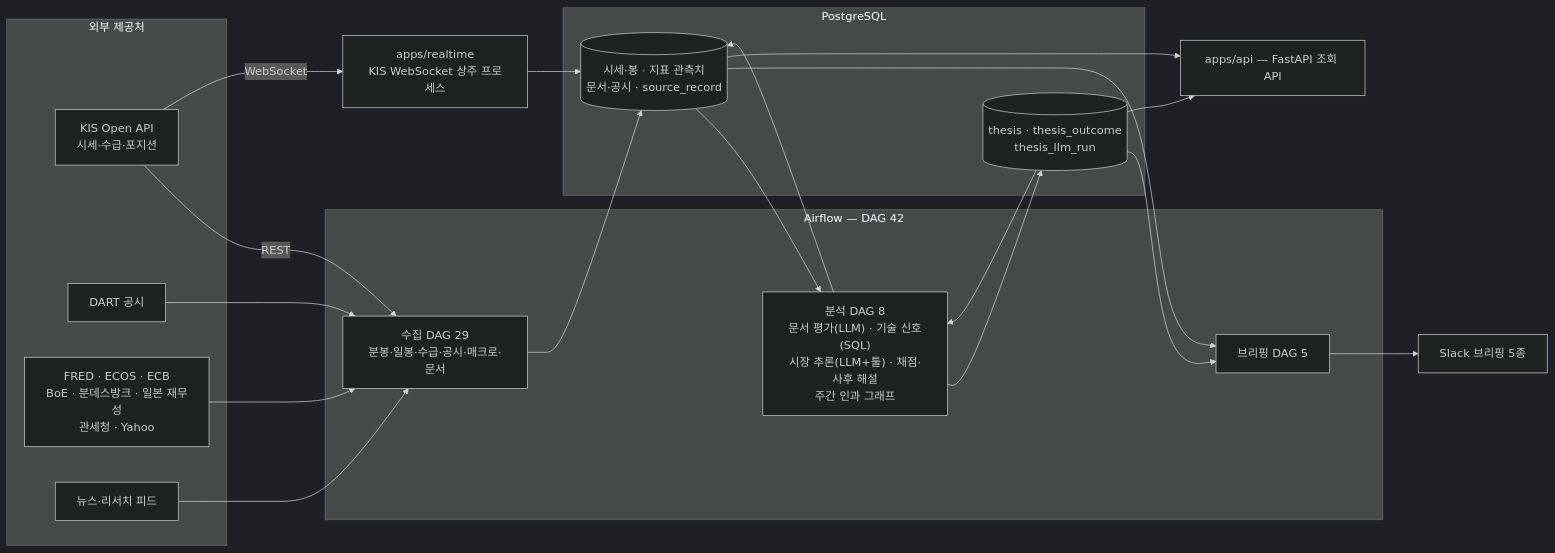
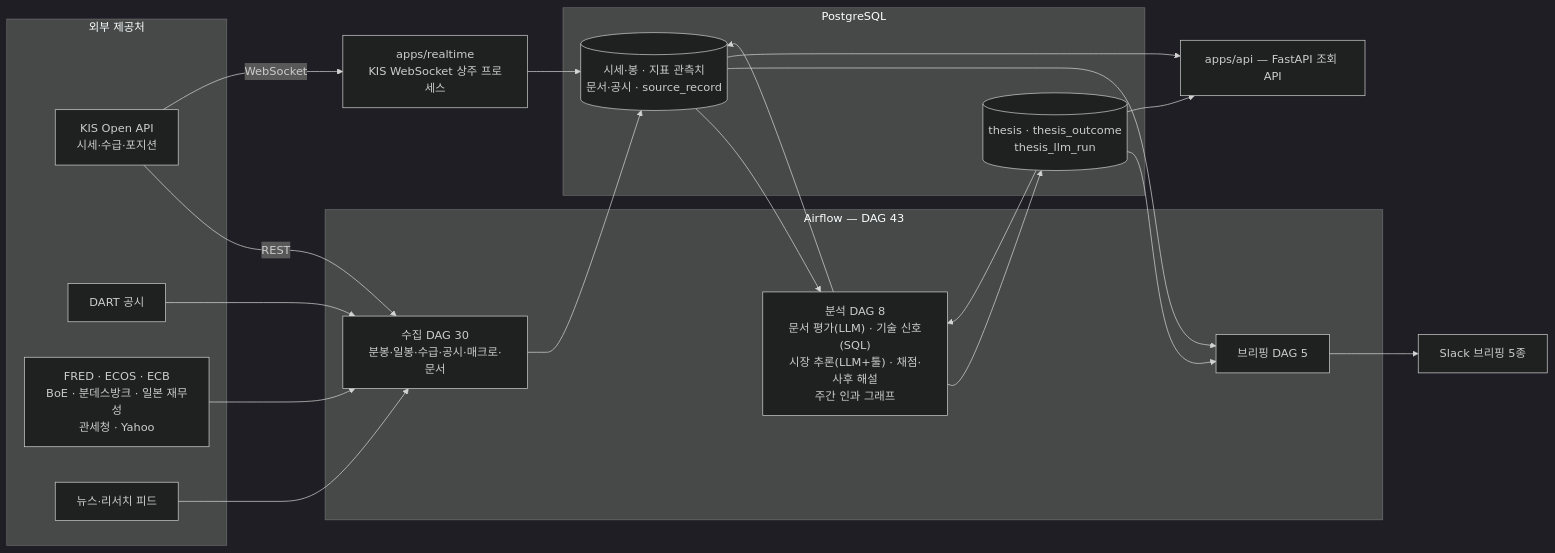
One commit to 6691a/finance changed the diagram in README.md. Above: the diagram before and after it, drawn with Mermaid (dark theme). The commit also changed 4 other files, not shown here.

````diff
--- a/README.md
+++ b/README.md
@@ -29,44 +29,44 @@
 ```mermaid
 flowchart LR
     subgraph EXT["외부 제공처"]
         KIS["KIS Open API<br/>시세·수급·포지션"]
         DART["DART 공시"]
         MACRO["FRED · ECOS · ECB<br/>BoE · 분데스방크 · 일본 재무성<br/>관세청 · Yahoo"]
         FEED["뉴스·리서치 피드"]
     end
 
-    subgraph AF["Airflow — DAG 42"]
-        COL["수집 DAG 29<br/>분봉·일봉·수급·공시·매크로·문서"]
+    subgraph AF["Airflow — DAG 43"]
+        COL["수집 DAG 30<br/>분봉·일봉·수급·공시·매크로·문서"]
         ANA["분석 DAG 8<br/>문서 평가(LLM) · 기술 신호(SQL)<br/>시장 추론(LLM+툴) · 채점·사후 해설<br/>주간 인과 그래프"]
         BRF["브리핑 DAG 5"]
     end
 
     RT["apps/realtime<br/>KIS WebSocket 상주 프로세스"]
 
     subgraph DB["PostgreSQL"]
         FACT[("시세·봉 · 지표 관측치<br/>문서·공시 · source_record")]
         THESIS[("thesis · thesis_outcome<br/>thesis_llm_run")]
     end
 
     SLACK["Slack 브리핑 5종"]
     API["apps/api — FastAPI 조회 API"]
 
     KIS -->|REST| COL
     DART --> COL
     MACRO --> COL
     FEED --> COL
     KIS -->|WebSocket| RT
 
     COL --> FACT
     RT --> FACT
     FACT --> ANA
     ANA --> FACT
     ANA --> THESIS
     THESIS --> ANA
 
     FACT --> BRF
     THESIS --> BRF
     BRF --> SLACK
     THESIS --> API
     FACT --> API
 ```
````
